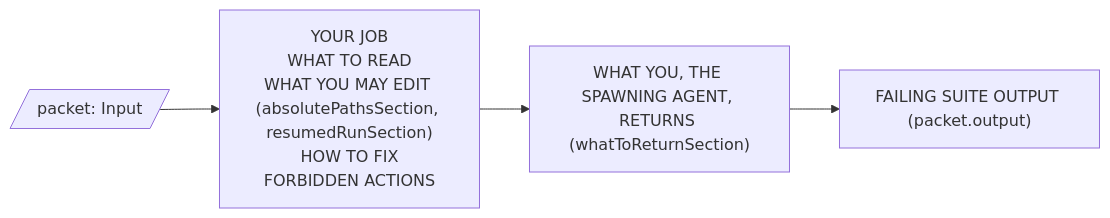
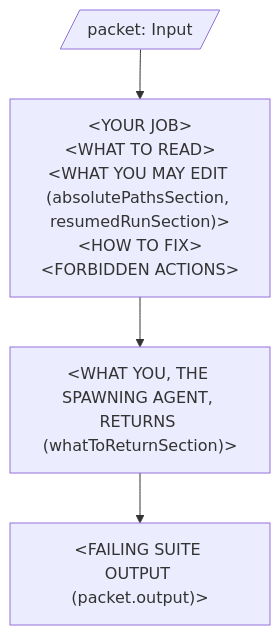
The diagram in diagrams/prompts/FIX_THE_CODEBASE_FOR_SUITE.mmd (matkatmusic/taskTools), drawn with Mermaid before and after one commit. The commit also changed 52 other files, not shown here.

```diff
--- a/diagrams/prompts/FIX_THE_CODEBASE_FOR_SUITE.mmd
+++ b/diagrams/prompts/FIX_THE_CODEBASE_FOR_SUITE.mmd
@@ -1,6 +1,6 @@
 %% How buildSuiteFixPrompt picks its sections. No choices branch this prompt; every section always renders.
-flowchart LR
+flowchart TD
     packet[/packet: Input/] --> ALWAYS
-    ALWAYS["YOUR JOB<br>WHAT TO READ<br>WHAT YOU MAY EDIT (absolutePathsSection, resumedRunSection)<br>HOW TO FIX<br>FORBIDDEN ACTIONS"]
-    ALWAYS --> RETURN["WHAT YOU, THE SPAWNING AGENT, RETURNS (whatToReturnSection)"]
-    RETURN --> OUTPUT["FAILING SUITE OUTPUT (packet.output)"]
+    ALWAYS["#60;YOUR JOB#62;<br>#60;WHAT TO READ#62;<br>#60;WHAT YOU MAY EDIT (absolutePathsSection, resumedRunSection)#62;<br>#60;HOW TO FIX#62;<br>#60;FORBIDDEN ACTIONS#62;"]
+    ALWAYS --> RETURN["#60;WHAT YOU, THE SPAWNING AGENT, RETURNS (whatToReturnSection)#62;"]
+    RETURN --> OUTPUT["#60;FAILING SUITE OUTPUT (packet.output)#62;"]
```
